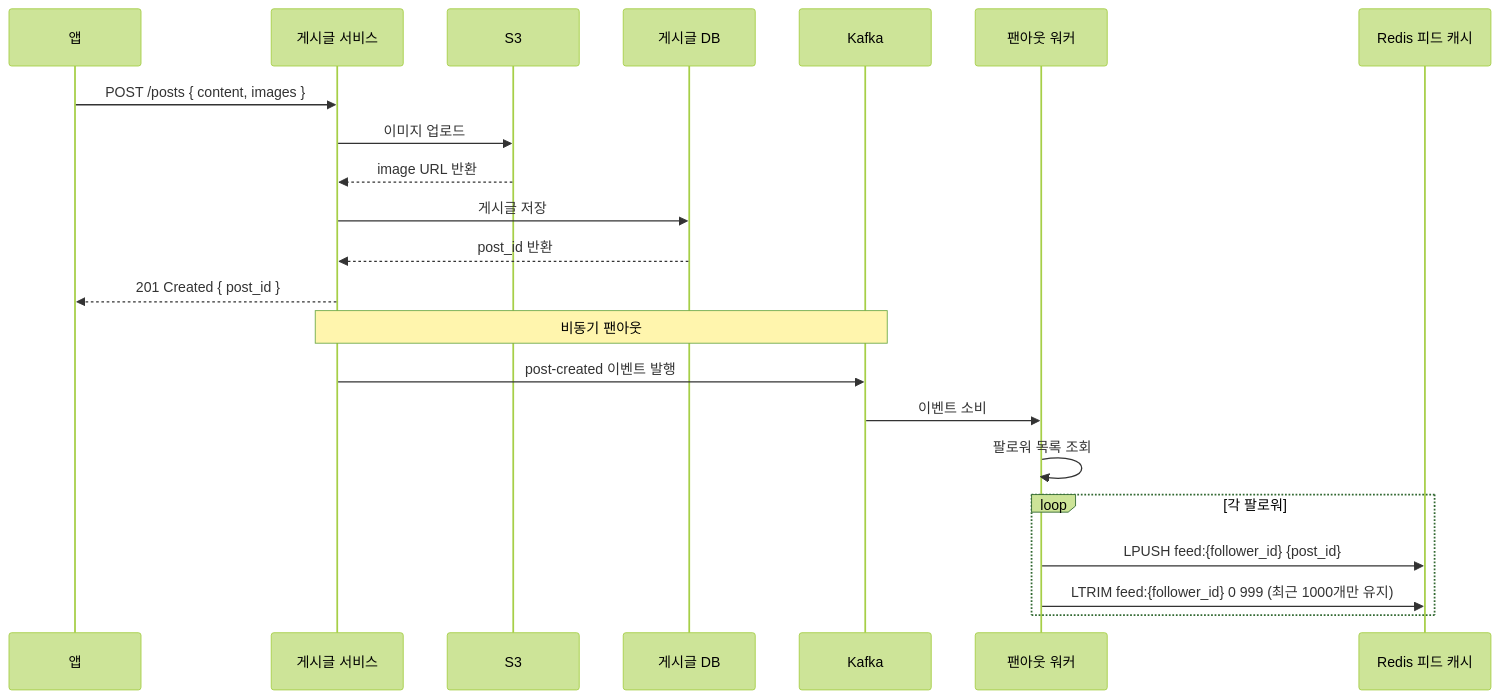
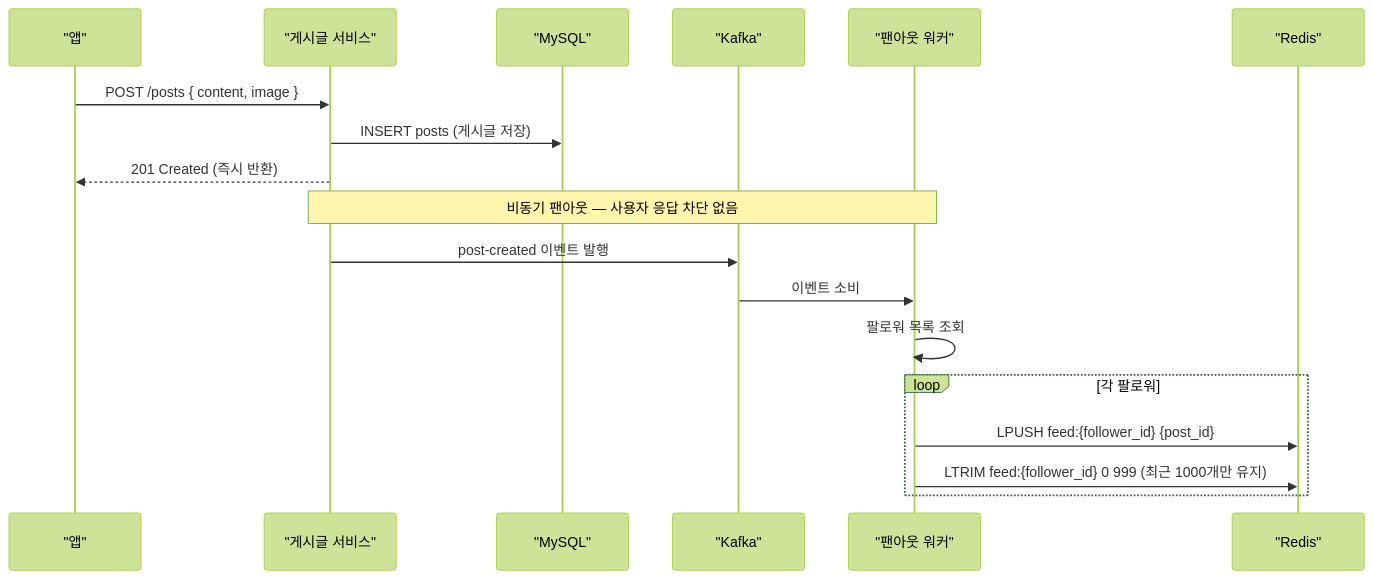
Before and after one commit to yjkim2015/yjkim2015.github.io: the fifth of 6 diagrams in _posts/systemdesign/2026-05-02-system-design-newsfeed.md, drawn with Mermaid (forest theme). The commit also changed other lines of this file and 122 other files, not shown here.

````diff
--- a/_posts/systemdesign/2026-05-02-system-design-newsfeed.md
+++ b/_posts/systemdesign/2026-05-02-system-design-newsfeed.md
@@ -144,27 +134,22 @@
 ```mermaid
 sequenceDiagram
-    participant App as 앱
-    participant PostSvc as 게시글 서비스
-    participant S3 as S3
-    participant DB as 게시글 DB
-    participant Kafka as Kafka
-    participant Worker as 팬아웃 워커
-    participant Cache as Redis 피드 캐시
+    participant App as "앱"
+    participant PostSvc as "게시글 서비스"
+    participant DB as "MySQL"
+    participant Kafka as "Kafka"
+    participant Worker as "팬아웃 워커"
+    participant Cache as "Redis"
 
-    App->>PostSvc: POST /posts { content, images }
-    PostSvc->>S3: 이미지 업로드
-    S3-->>PostSvc: image URL 반환
-    PostSvc->>DB: 게시글 저장
-    DB-->>PostSvc: post_id 반환
-    PostSvc-->>App: 201 Created { post_id }
+    App->>PostSvc: POST /posts { content, image }
+    PostSvc->>DB: INSERT posts (게시글 저장)
+    PostSvc-->>App: 201 Created (즉시 반환)
 
-    Note over PostSvc,Kafka: 비동기 팬아웃
+    Note over PostSvc,Worker: 비동기 팬아웃 — 사용자 응답 차단 없음
     PostSvc->>Kafka: post-created 이벤트 발행
-
     Kafka->>Worker: 이벤트 소비
     Worker->>Worker: 팔로워 목록 조회
     loop 각 팔로워
         Worker->>Cache: LPUSH feed:{follower_id} {post_id}
         Worker->>Cache: LTRIM feed:{follower_id} 0 999 (최근 1000개만 유지)
     end
 ```
````
